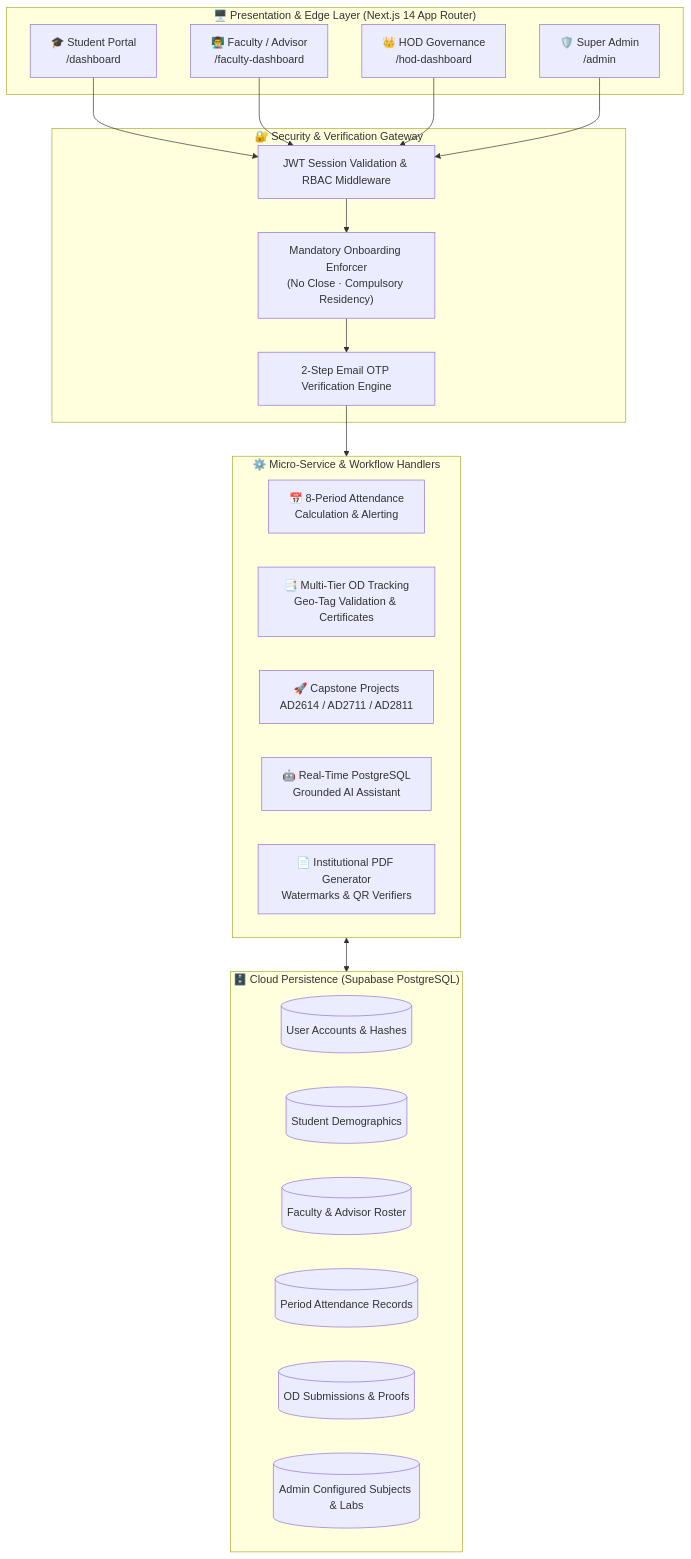
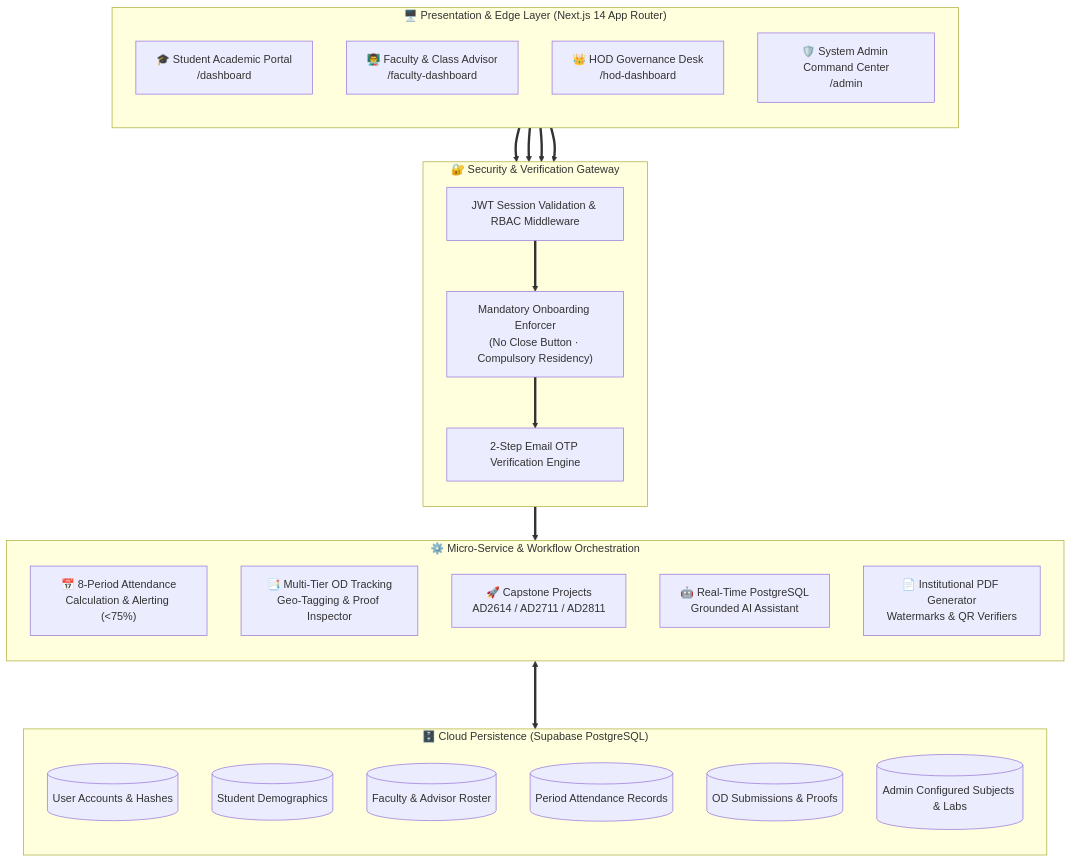
The diagram in README.md (logeshwaran2097-hue/AIDS-Digital-Portal), drawn with Mermaid before and after one commit. The commit also changed other lines of this file, not shown here.

Commit message:
docs(readme): add animated typing banner, collapsible portal details, and wavy footer

````diff
--- a/README.md
+++ b/README.md
@@ -67,37 +98,41 @@
 ```mermaid
 flowchart TD
-    subgraph Client_Layer["🖥️ Presentation & Edge Layer (Next.js 14 App Router)"]
-        UI_Student["🎓 Student Portal\n/dashboard"]
-        UI_Faculty["👨‍🏫 Faculty / Advisor\n/faculty-dashboard"]
-        UI_HOD["👑 HOD Governance\n/hod-dashboard"]
-        UI_Admin["🛡️ Super Admin\n/admin"]
+    subgraph Edge_Presentation["🖥️ Presentation & Edge Layer (Next.js 14 App Router)"]
+        direction TB
+        UI_Student["🎓 Student Academic Portal\n/dashboard"]
+        UI_Faculty["👨‍🏫 Faculty & Class Advisor\n/faculty-dashboard"]
+        UI_HOD["👑 HOD Governance Desk\n/hod-dashboard"]
+        UI_Admin["🛡️ System Admin Command Center\n/admin"]
     end
 
     subgraph Security_Gate["🔐 Security & Verification Gateway"]
+        direction TB
         Auth_Guard["JWT Session Validation & RBAC Middleware"]
-        Onboard_Enforcer["Mandatory Onboarding Enforcer\n(No Close · Compulsory Residency)"]
+        Onboard_Enforcer["Mandatory Onboarding Enforcer\n(No Close Button · Compulsory Residency)"]
         OTP_Engine["2-Step Email OTP Verification Engine"]
     end
 
-    subgraph Business_Services["⚙️ Micro-Service & Workflow Handlers"]
-        Att_Service["📅 8-Period Attendance\nCalculation & Alerting"]
-        OD_Service["📑 Multi-Tier OD Tracking\nGeo-Tag Validation & Certificates"]
+    subgraph Core_Services["⚙️ Micro-Service & Workflow Orchestration"]
+        direction TB
+        Att_Service["📅 8-Period Attendance\nCalculation & Alerting (<75%)"]
+        OD_Service["📑 Multi-Tier OD Tracking\nGeo-Tagging & Proof Inspector"]
         Project_Hub["🚀 Capstone Projects\nAD2614 / AD2711 / AD2811"]
         AI_Grounding["🤖 Real-Time PostgreSQL\nGrounded AI Assistant"]
         Doc_Gen["📄 Institutional PDF Generator\nWatermarks & QR Verifiers"]
     end
 
-    subgraph Database_Layer["🗄️ Cloud Persistence (Supabase PostgreSQL)"]
+    subgraph Persistence_Layer["🗄️ Cloud Persistence (Supabase PostgreSQL)"]
+        direction TB
         DB_Users[("User Accounts & Hashes")]
         DB_Students[("Student Demographics")]
         DB_Staff[("Faculty & Advisor Roster")]
         DB_Attendance[("Period Attendance Records")]
         DB_OD[("OD Submissions & Proofs")]
         DB_Subjects[("Admin Configured Subjects & Labs")]
     end
 
-    UI_Student & UI_Faculty & UI_HOD & UI_Admin --> Auth_Guard
-    Auth_Guard --> Onboard_Enforcer --> OTP_Engine
-    OTP_Engine --> Business_Services
-    Business_Services <--> Database_Layer
+    UI_Student & UI_Faculty & UI_HOD & UI_Admin ==> Auth_Guard
+    Auth_Guard ==> Onboard_Enforcer ==> OTP_Engine
+    OTP_Engine ==> Core_Services
+    Core_Services <===> Persistence_Layer
 ```
````
